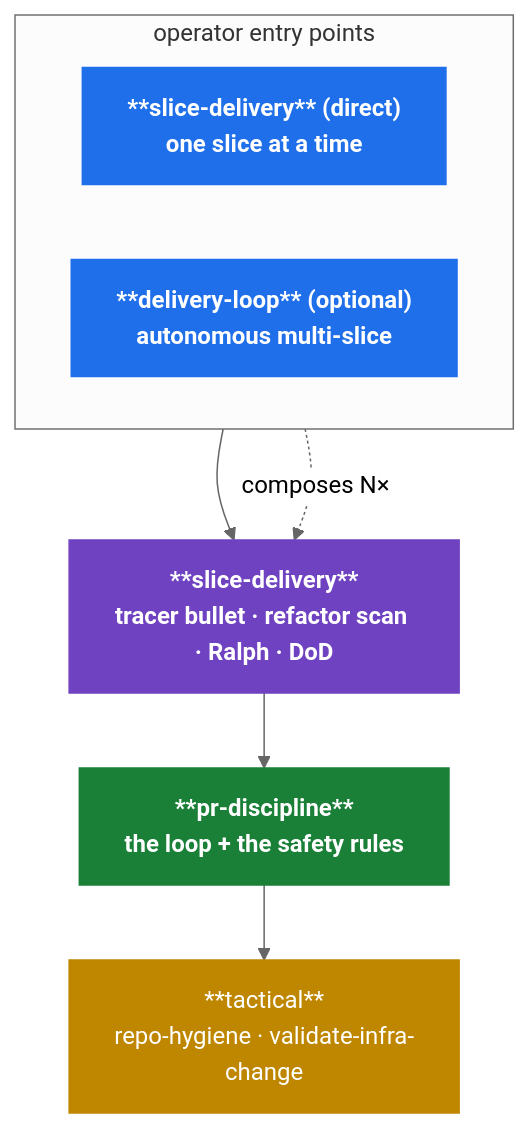
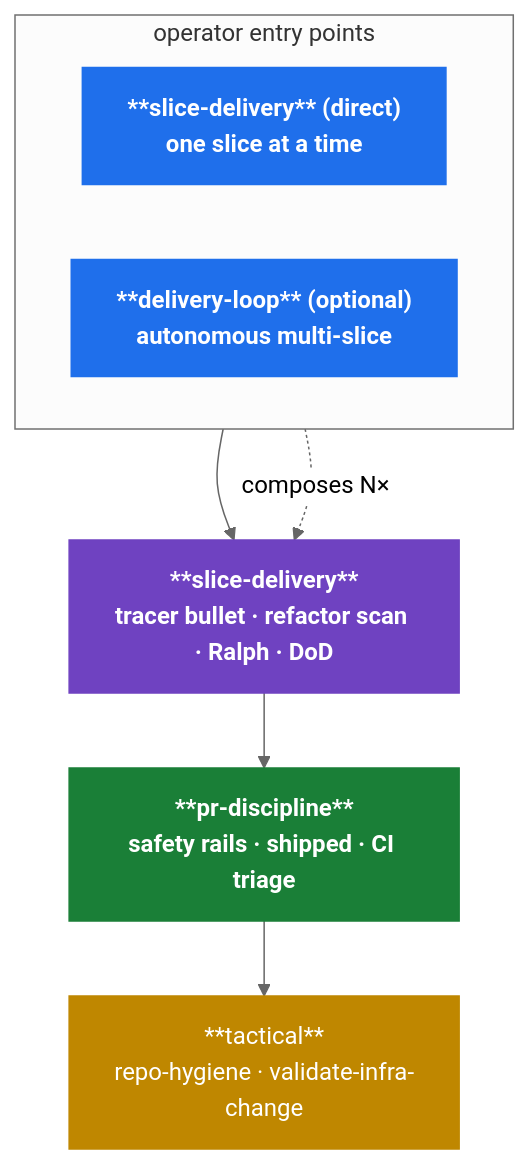
One commit to ujjaval-verma/skills changed the diagram in README.md. Above: the diagram before and after it, drawn with Mermaid (neutral theme). The commit also changed other lines of this file and 1 other file, not shown here.

Commit message:
refactor(claude-md): single Ralph contract, drop ASCII diagram and duplicated rules (#36)
* refactor(claude-md): single Ralph contract, drop ASCII diagram and duplicated rules

Claude-Session: https://claude.ai/code/session_01DJY2SEu8bhxdmhS8kDPbhf

* docs(readme): correct pr-discipline Mermaid label

Claude-Session: https://claude.ai/code/session_01DJY2SEu8bhxdmhS8kDPbhf

* refactor(claude-md): restore or-semantics for reviewer, dedupe editing bullets, fix anchor

Claude-Session: https://claude.ai/code/session_01DJY2SEu8bhxdmhS8kDPbhf

---------

````diff
--- a/README.md
+++ b/README.md
@@ -96,22 +96,22 @@
 ```mermaid
 flowchart TD
     classDef entry fill:#1f6feb,stroke:#1f6feb,color:#fff,font-weight:bold
     classDef exec fill:#6f42c1,stroke:#6f42c1,color:#fff,font-weight:bold
     classDef pr fill:#1a7f37,stroke:#1a7f37,color:#fff,font-weight:bold
     classDef tactical fill:#bf8700,stroke:#bf8700,color:#fff
 
     subgraph EP["operator entry points"]
         direction LR
         direct["**slice-delivery** (direct)<br/>one slice at a time"]:::entry
         loop["**delivery-loop** (optional)<br/>autonomous multi-slice"]:::entry
     end
 
     slice["**slice-delivery**<br/>tracer bullet · refactor scan · Ralph · DoD"]:::exec
-    pr["**pr-discipline**<br/>the loop + the safety rules"]:::pr
+    pr["**pr-discipline**<br/>safety rails · shipped · CI triage"]:::pr
     tactical["**tactical**<br/>repo-hygiene · validate-infra-change"]:::tactical
 
     direct --> slice
     loop -. "composes N×" .-> slice
     slice --> pr
     pr --> tactical
 ```
````
